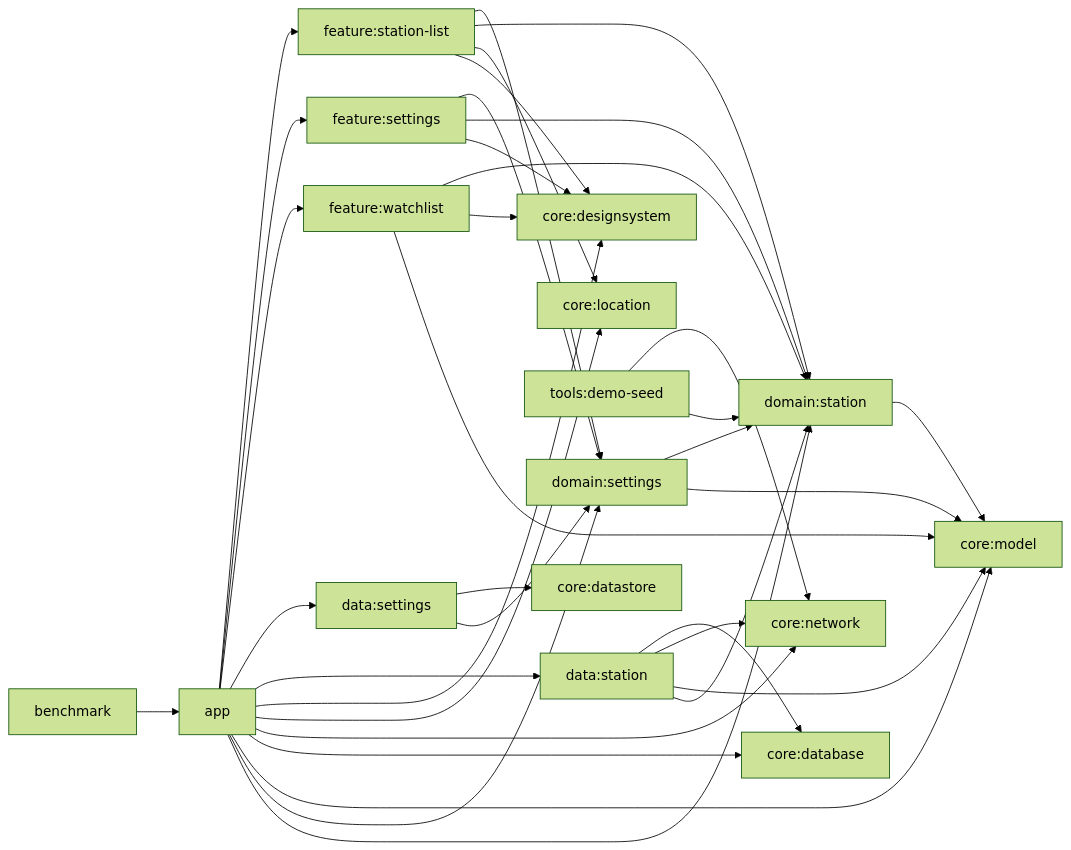
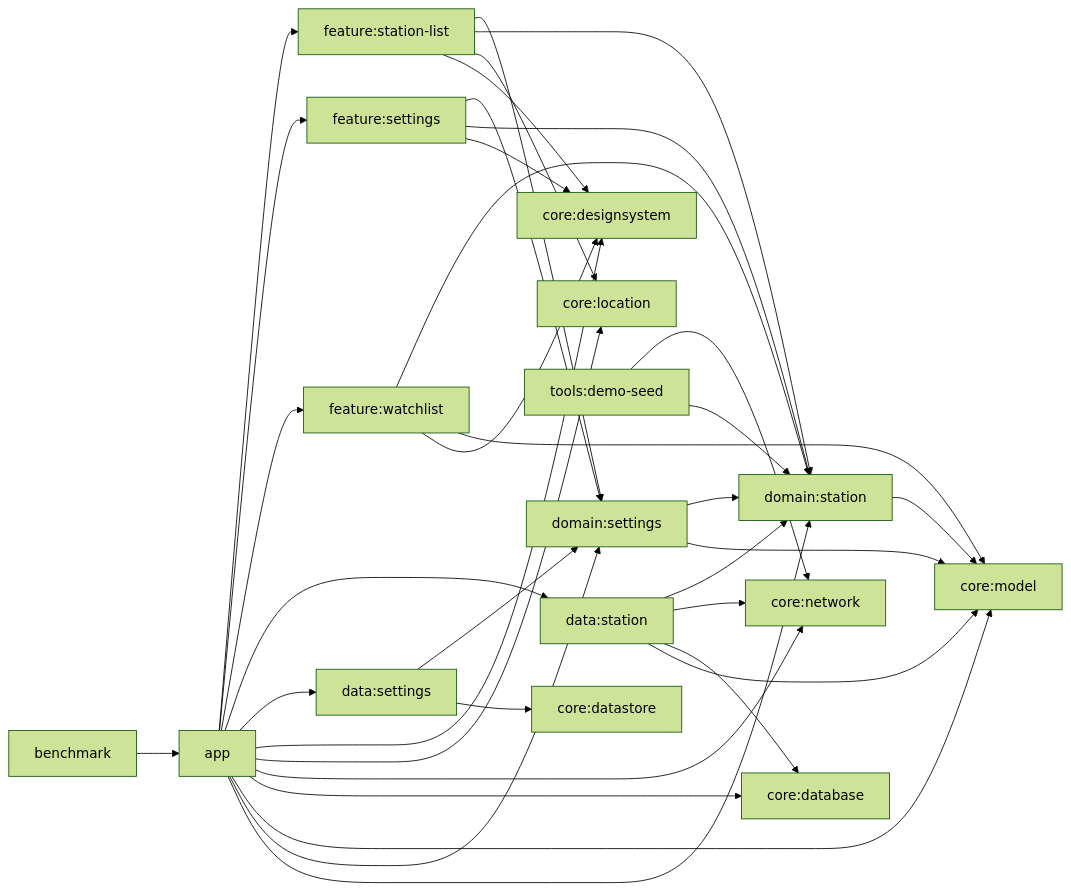
One commit to beyondwin/GasStation changed the diagram in docs/architecture.md. Above: the diagram before and after it, drawn with Mermaid (forest theme). The commit also changed other lines of this file and 7 other files, not shown here.

````diff
--- a/docs/architecture.md
+++ b/docs/architecture.md
@@ -23,44 +16,44 @@
 ```mermaid
 flowchart LR
     app["app"] --> fstation["feature:station-list"]
     app --> fsettings["feature:settings"]
     app --> fwatch["feature:watchlist"]
+    app --> dstation["data:station"]
     app --> dsettings["data:settings"]
-    app --> dstation["data:station"]
     app --> cdesign["core:designsystem"]
     app --> clocation["core:location"]
     app --> cnetwork["core:network"]
     app --> cdatabase["core:database"]
     app --> cmodel["core:model"]
     app --> domSettings["domain:settings"]
     app --> domStation["domain:station"]
 
     fstation --> domSettings
     fstation --> domStation
     fstation --> clocation
     fstation --> cdesign
 
     fsettings --> domSettings
     fsettings --> domStation
     fsettings --> cdesign
 
     fwatch --> domStation
+    fwatch --> cmodel
     fwatch --> cdesign
-    fwatch --> cmodel
 
-    dsettings --> cdatastore["core:datastore"]
+    dstation --> domStation
+    dstation --> cnetwork
+    dstation --> cdatabase
+    dstation --> cmodel
+
     dsettings --> domSettings
-
-    dstation --> cdatabase
-    dstation --> cnetwork
-    dstation --> cmodel
-    dstation --> domStation
+    dsettings --> cstore["core:datastore"]
 
     domSettings --> domStation
     domSettings --> cmodel
     domStation --> cmodel
 
     tools["tools:demo-seed"] --> cnetwork
     tools --> domStation
     benchmark["benchmark"] --> app
 ```
````
